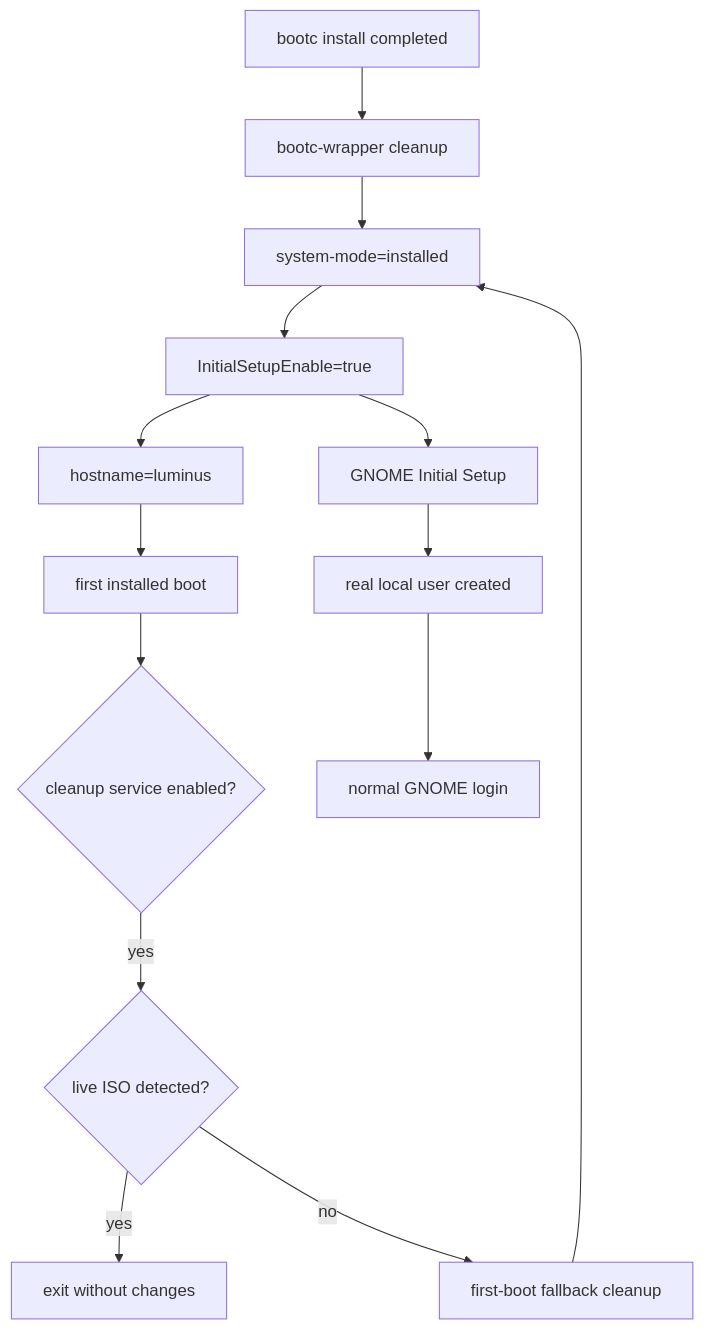
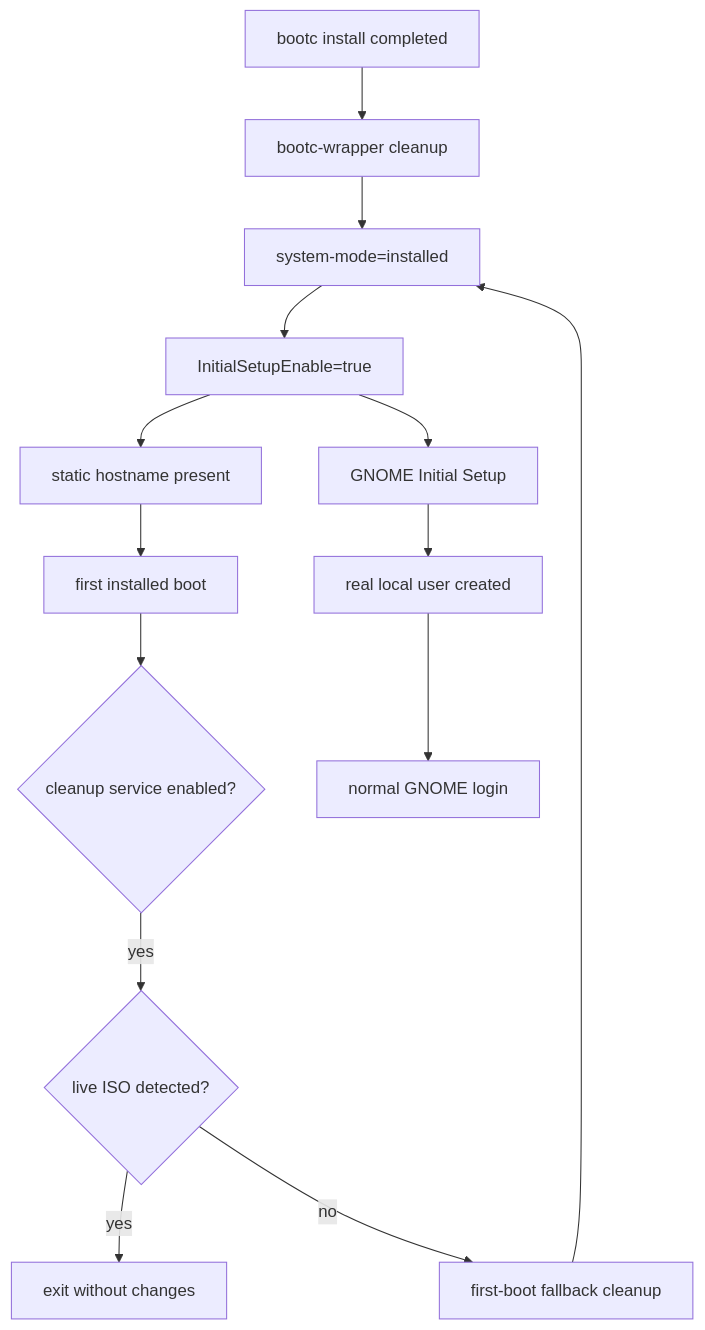
The ninth of 15 diagrams in ARCHITECTURE.md (luminusOS/images), drawn with Mermaid before and after one commit. The commit also changed other lines of this file and 23 other files, not shown here.

````diff
--- a/ARCHITECTURE.md
+++ b/ARCHITECTURE.md
@@ -450,23 +464,23 @@
 ```mermaid
 flowchart TD
     InstallDone["bootc install completed"]
     WrapperCleanup["bootc-wrapper cleanup"]
     WriteInstalled["system-mode=installed"]
     WriteGDM["InitialSetupEnable=true"]
-    WriteHostname["hostname=luminus"]
+    WriteHostname["static hostname present"]
     FirstBoot["first installed boot"]
     CleanupService{"cleanup service enabled?"}
     LiveCheck{"live ISO detected?"}
     Exit["exit without changes"]
     Fallback["first-boot fallback cleanup"]
     GIS["GNOME Initial Setup"]
     User["real local user created"]
     NormalSession["normal GNOME login"]
 
     InstallDone --> WrapperCleanup --> WriteInstalled --> WriteGDM --> WriteHostname --> FirstBoot
     FirstBoot --> CleanupService
     CleanupService -->|yes| LiveCheck
     LiveCheck -->|yes| Exit
     LiveCheck -->|no| Fallback --> WriteInstalled
     WriteGDM --> GIS --> User --> NormalSession
 ```
````
